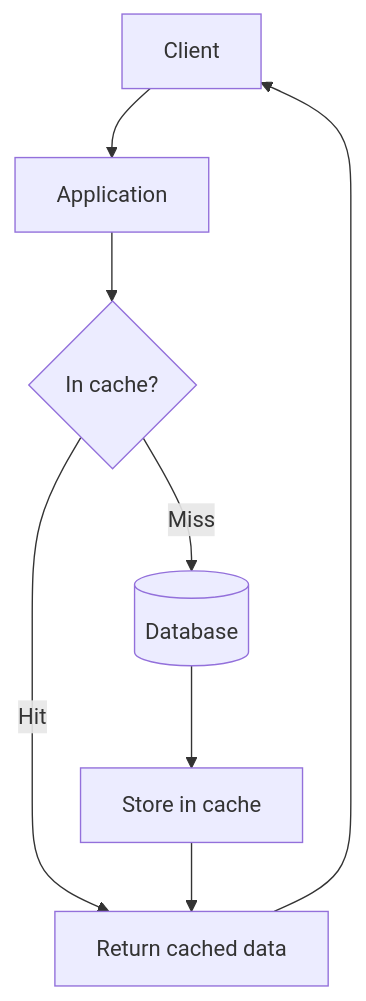
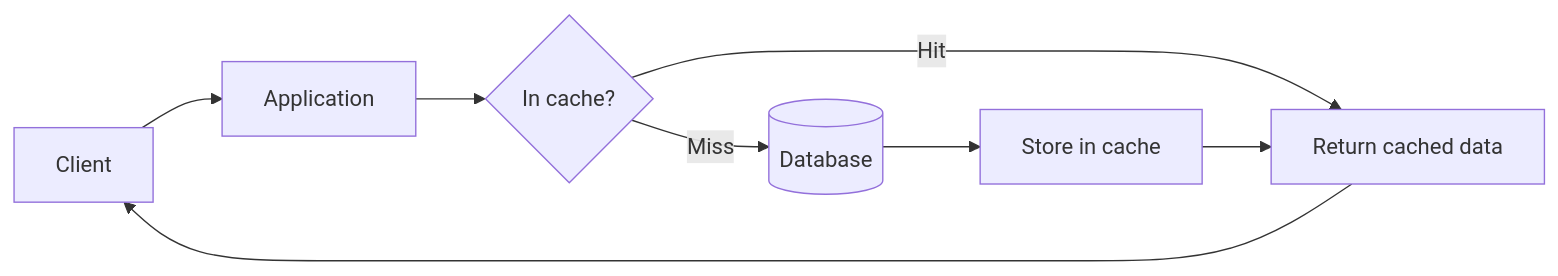
Before and after one commit to hareramcse/SystemDesign: the second of 21 diagrams in 03-caching/README.md, drawn with Mermaid. The commit also changed other lines of this file, not shown here.

````diff
--- a/03-caching/README.md
+++ b/03-caching/README.md
@@ -97,10 +97,6 @@
 ```mermaid
-flowchart TB
-    Client[Client] --> App[Application]
-    App --> Lookup{In cache?}
-    Lookup -->|Hit| Return[Return cached data]
-    Lookup -->|Miss| DB[(Database)]
-    DB --> Store[Store in cache]
-    Store --> Return
-    Return --> Client
+flowchart LR
+    Client[Client] --> App[Application] --> Lookup{In cache?}
+    Lookup -->|Hit| Return[Return cached data] --> Client
+    Lookup -->|Miss| DB[(Database)] --> Store[Store in cache] --> Return
 ```
````
